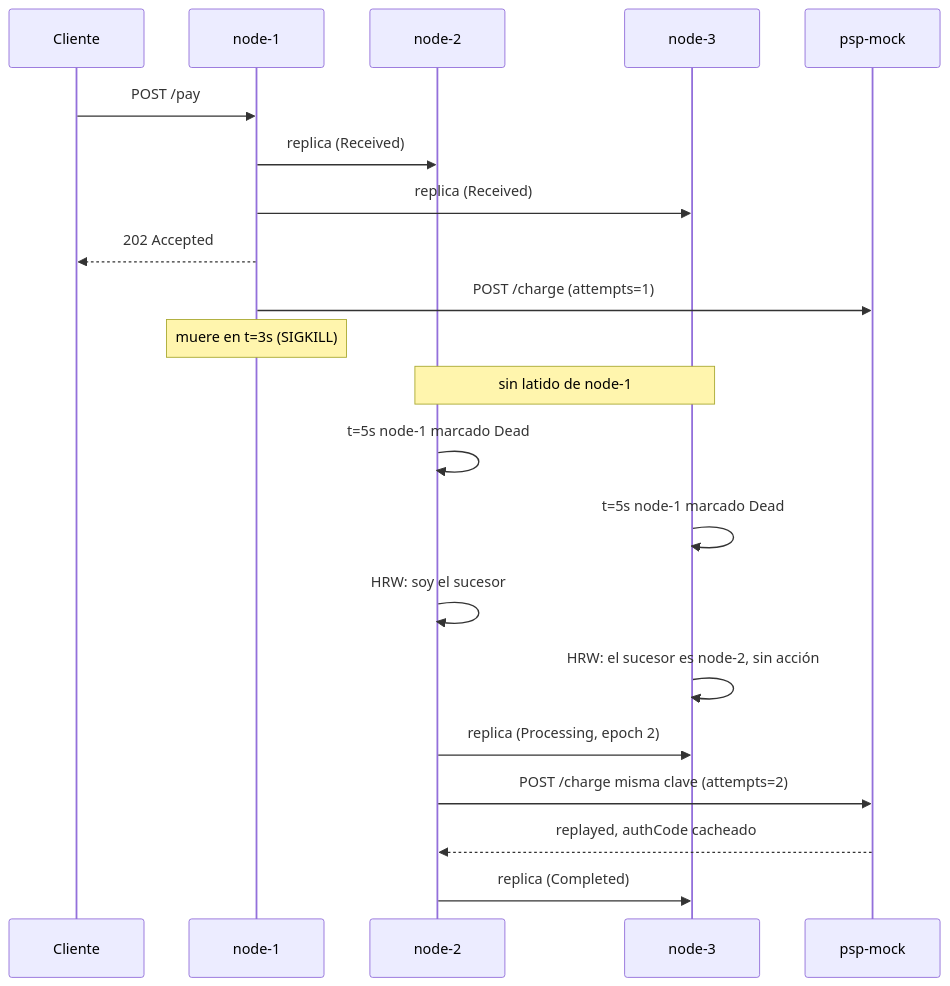
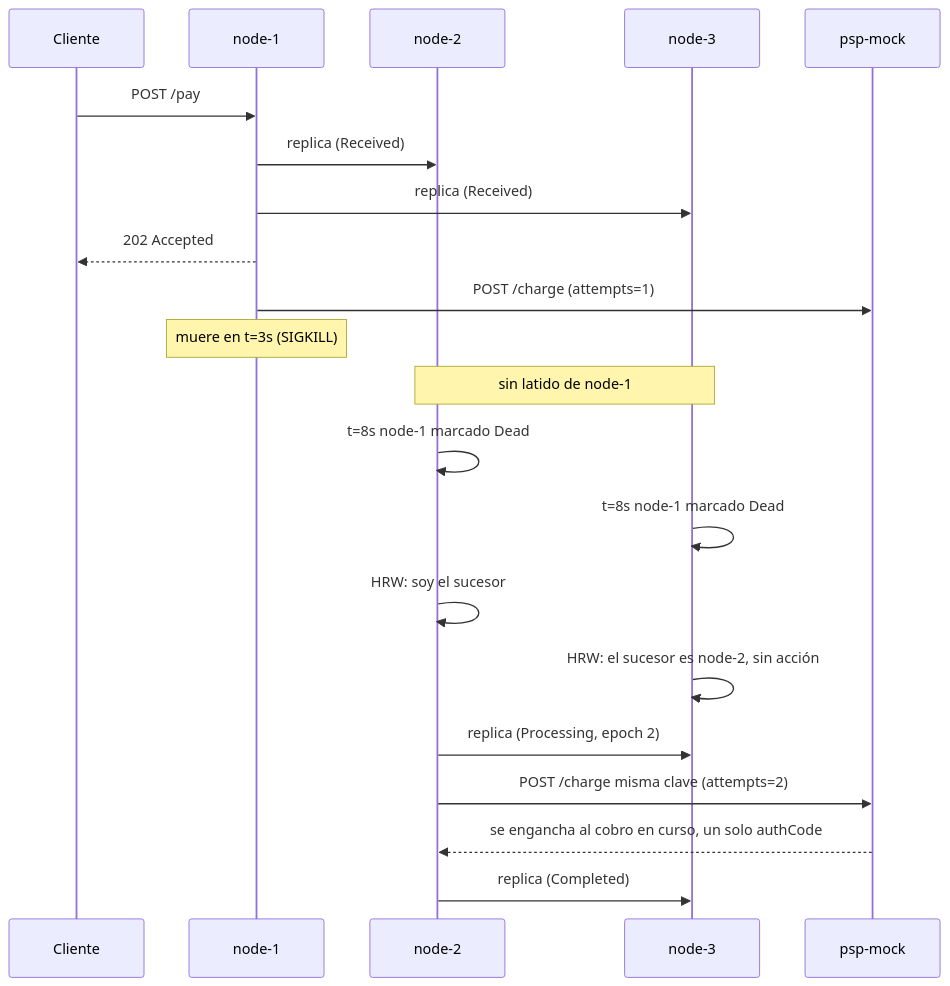
The second of 2 diagrams in README.md (JARV005/solidarity-grid), drawn with Mermaid before and after one commit. The commit also changed other lines of this file, not shown here.

First line of the commit message:
docs: correct failure timeline, port jump, and in-flight charge semantics

````diff
--- a/README.md
+++ b/README.md
@@ -133,24 +139,24 @@
 ```mermaid
 sequenceDiagram
   participant C as Cliente
   participant N1 as node-1
   participant N2 as node-2
   participant N3 as node-3
   participant P as psp-mock
 
   C->>N1: POST /pay
   N1->>N2: replica (Received)
   N1->>N3: replica (Received)
   N1-->>C: 202 Accepted
   N1->>P: POST /charge (attempts=1)
   Note over N1: muere en t=3s (SIGKILL)
   Note over N2,N3: sin latido de node-1
-  N2->>N2: t=5s node-1 marcado Dead
-  N3->>N3: t=5s node-1 marcado Dead
+  N2->>N2: t=8s node-1 marcado Dead
+  N3->>N3: t=8s node-1 marcado Dead
   N2->>N2: HRW: soy el sucesor
   N3->>N3: HRW: el sucesor es node-2, sin acción
   N2->>N3: replica (Processing, epoch 2)
   N2->>P: POST /charge misma clave (attempts=2)
-  P-->>N2: replayed, authCode cacheado
+  P-->>N2: se engancha al cobro en curso, un solo authCode
   N2->>N3: replica (Completed)
 ```
````
